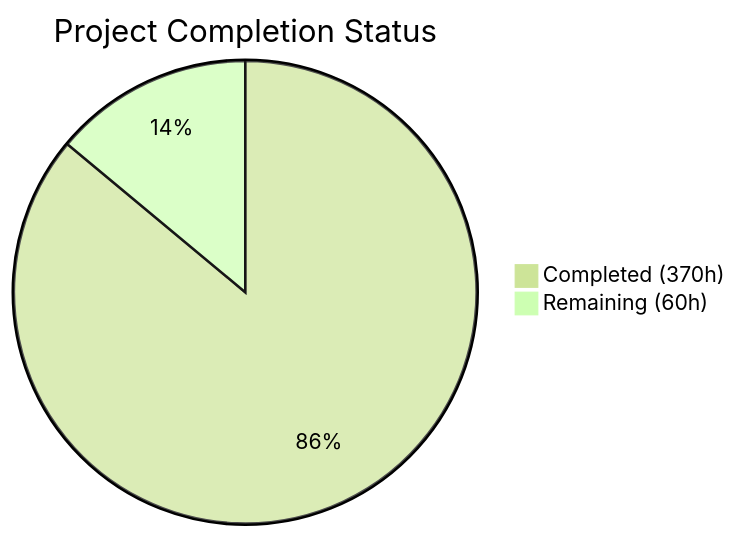
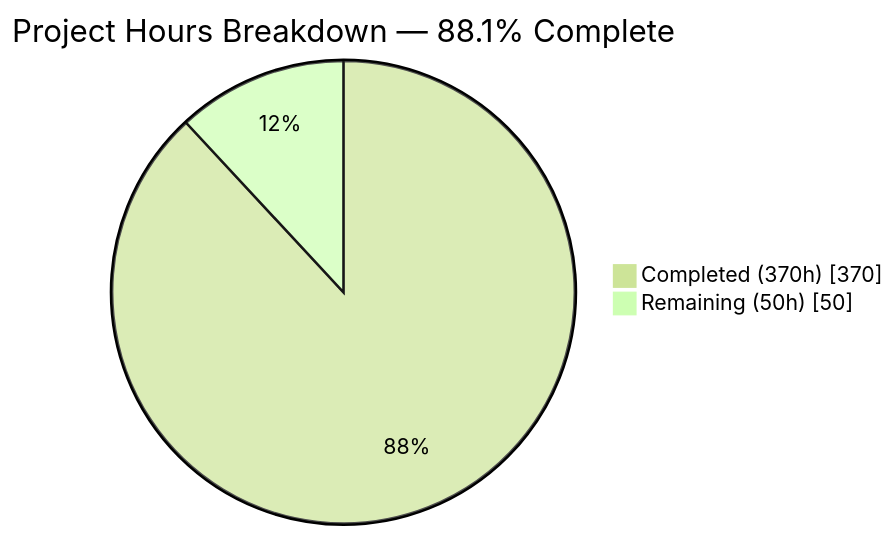
One commit to Blitzy-Sandbox/blitzy-wordpress changed the first of 4 diagrams in blitzy/documentation/Project Guide.md. Above: the diagram before and after it, drawn with Mermaid (forest theme). The commit also changed other lines of this file, not shown here.

Commit message:
Adding Blitzy Project Guide: Project Status and Human Tasks Remaining

````diff
--- a/blitzy/documentation/Project Guide.md
+++ b/blitzy/documentation/Project Guide.md
@@ -13,5 +13,6 @@
 ```mermaid
-pie title Project Completion Status
+pie showData
+    title Project Hours Breakdown — 88.1% Complete
     "Completed (370h)" : 370
-    "Remaining (60h)" : 60
+    "Remaining (50h)" : 50
 ```
````
